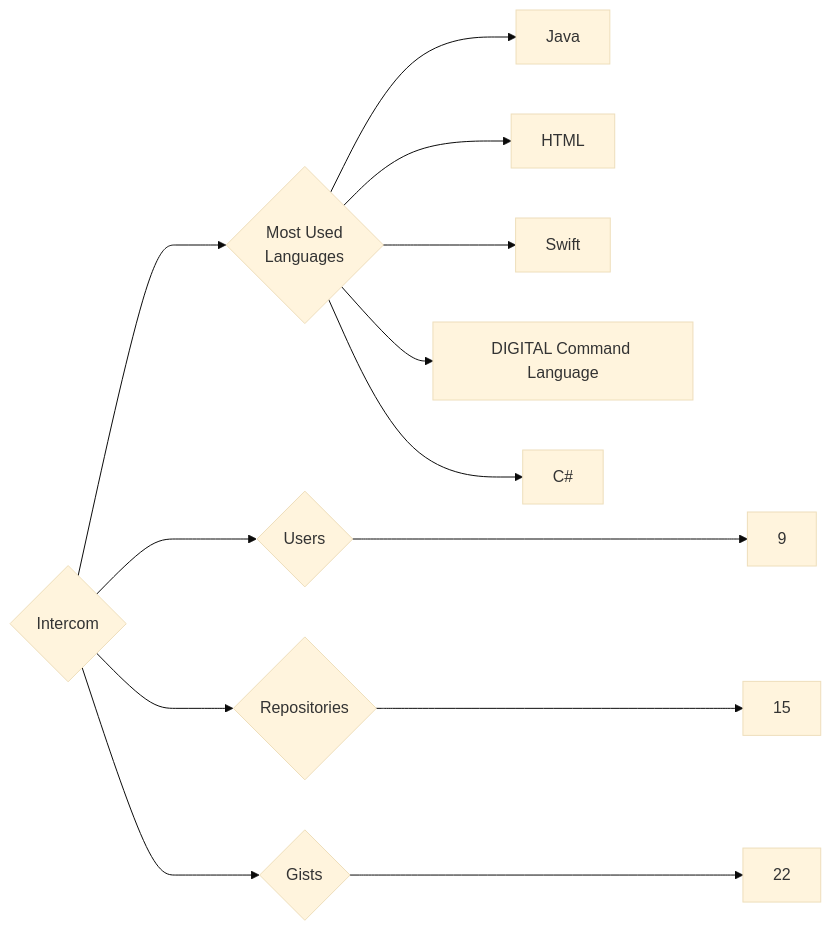
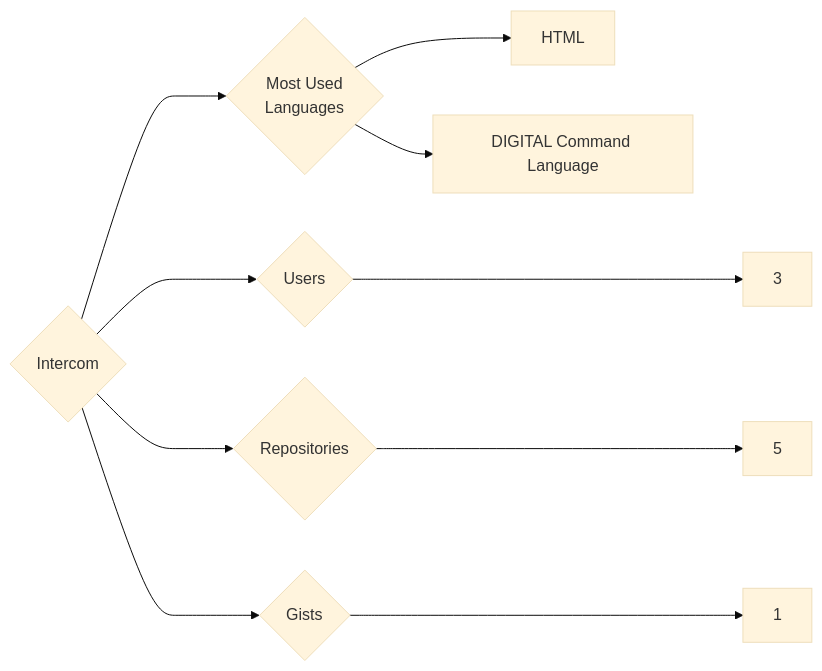
One commit to trickest/insiders changed the diagram in targets/Intercom/README.md. Above: the diagram before and after it, drawn with Mermaid (base theme). The commit also changed 1089 other files, not shown here.

````diff
--- a/targets/Intercom/README.md
+++ b/targets/Intercom/README.md
@@ -3,13 +3,10 @@
 ```mermaid
 graph LR
 COMPANY_NAME{Intercom}
-COMPANY_NAME ---> U{Users} ---> UN[9]
-COMPANY_NAME ---> R{Repositories} ---> RN[15]
-COMPANY_NAME ---> G{Gists} ---> GN[22]
+COMPANY_NAME ---> U{Users} ---> UN[3]
+COMPANY_NAME ---> R{Repositories} ---> RN[5]
+COMPANY_NAME ---> G{Gists} ---> GN[1]
 COMPANY_NAME ---> ML{Most Used<br>Languages}
-ML --> Java[Java]
 ML --> HTML[HTML]
-ML --> Swift[Swift]
 ML --> DIGITAL_Command_Language[DIGITAL Command Language]
-ML --> C#[C#]
 ```
````
